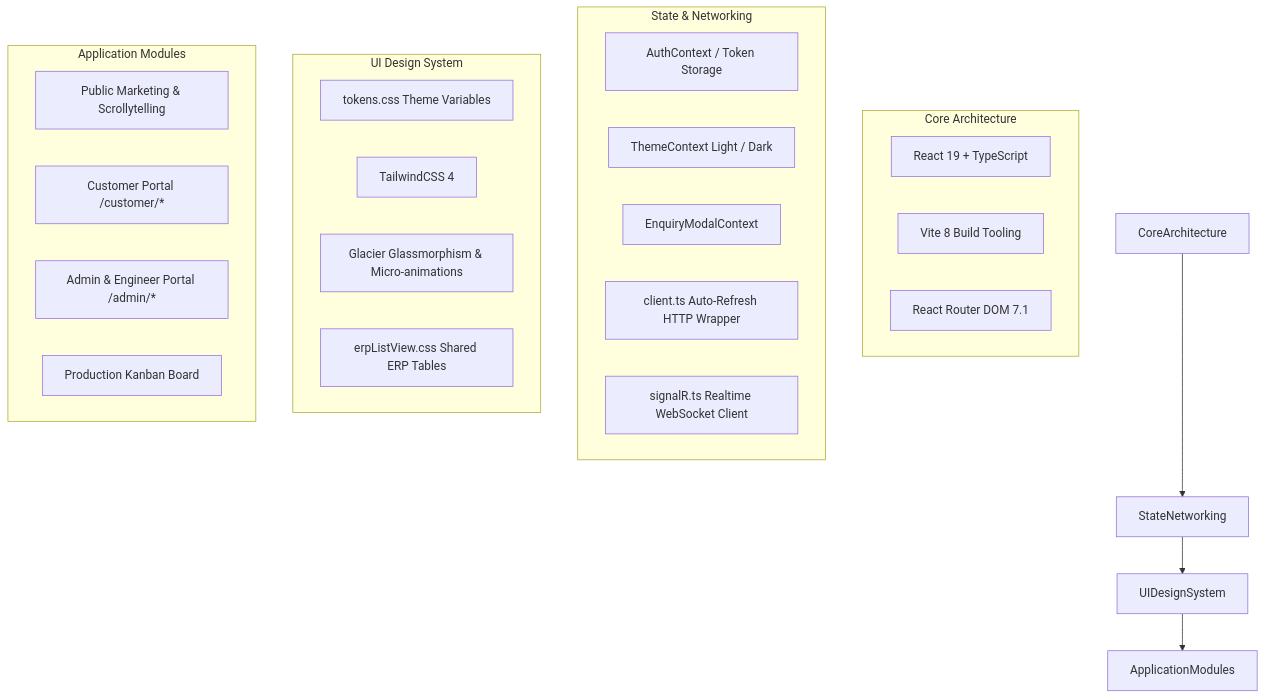
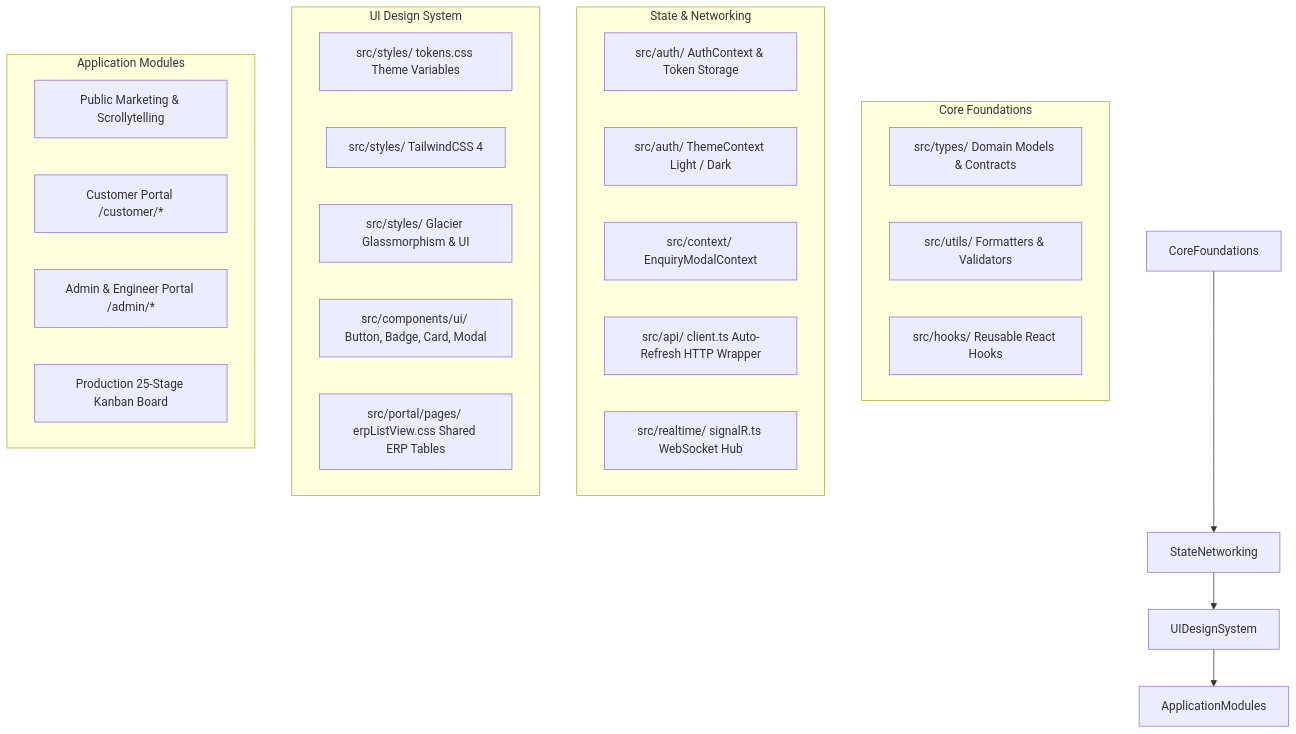
The first of 2 diagrams in docs/04-frontend-specification-document.md (RahulBhola/Shakti-Udyog), drawn with Mermaid before and after one commit. The commit also changed 28 other files, not shown here.

Commit message:
feat: modernize frontend architecture and document system overview and objects

````diff
--- a/docs/04-frontend-specification-document.md
+++ b/docs/04-frontend-specification-document.md
@@ -14,34 +14,35 @@
 ```mermaid
 graph TD
-    subgraph Core Architecture
-        React[React 19 + TypeScript]
-        Vite[Vite 8 Build Tooling]
-        Router[React Router DOM 7.1]
+    subgraph Core Foundations
+        Types[src/types/ Domain Models & Contracts]
+        Utils[src/utils/ Formatters & Validators]
+        Hooks[src/hooks/ Reusable React Hooks]
     end
 
     subgraph State & Networking
-        AuthCtx[AuthContext / Token Storage]
-        ThemeCtx[ThemeContext Light / Dark]
-        ModalCtx[EnquiryModalContext]
-        ApiClient[client.ts Auto-Refresh HTTP Wrapper]
-        SignalRClient[signalR.ts Realtime WebSocket Client]
+        AuthCtx[src/auth/ AuthContext & Token Storage]
+        ThemeCtx[src/auth/ ThemeContext Light / Dark]
+        ModalCtx[src/context/ EnquiryModalContext]
+        ApiClient[src/api/ client.ts Auto-Refresh HTTP Wrapper]
+        SignalRClient[src/realtime/ signalR.ts WebSocket Hub]
     end
 
     subgraph UI Design System
-        Tokens[tokens.css Theme Variables]
-        Tailwind[TailwindCSS 4]
-        Glacier[Glacier Glassmorphism & Micro-animations]
-        ERPStyles[erpListView.css Shared ERP Tables]
+        Tokens[src/styles/ tokens.css Theme Variables]
+        Tailwind[src/styles/ TailwindCSS 4]
+        Glacier[src/styles/ Glacier Glassmorphism & UI]
+        UIPrimitives[src/components/ui/ Button, Badge, Card, Modal]
+        ERPStyles[src/portal/pages/ erpListView.css Shared ERP Tables]
     end
 
     subgraph Application Modules
         PublicPages[Public Marketing & Scrollytelling]
         CustomerPortal[Customer Portal /customer/*]
         AdminPortal[Admin & Engineer Portal /admin/*]
-        KanbanBoard[Production Kanban Board]
+        KanbanBoard[Production 25-Stage Kanban Board]
     end
 
-    CoreArchitecture --> StateNetworking
+    CoreFoundations --> StateNetworking
     StateNetworking --> UIDesignSystem
     UIDesignSystem --> ApplicationModules
 ```
````
